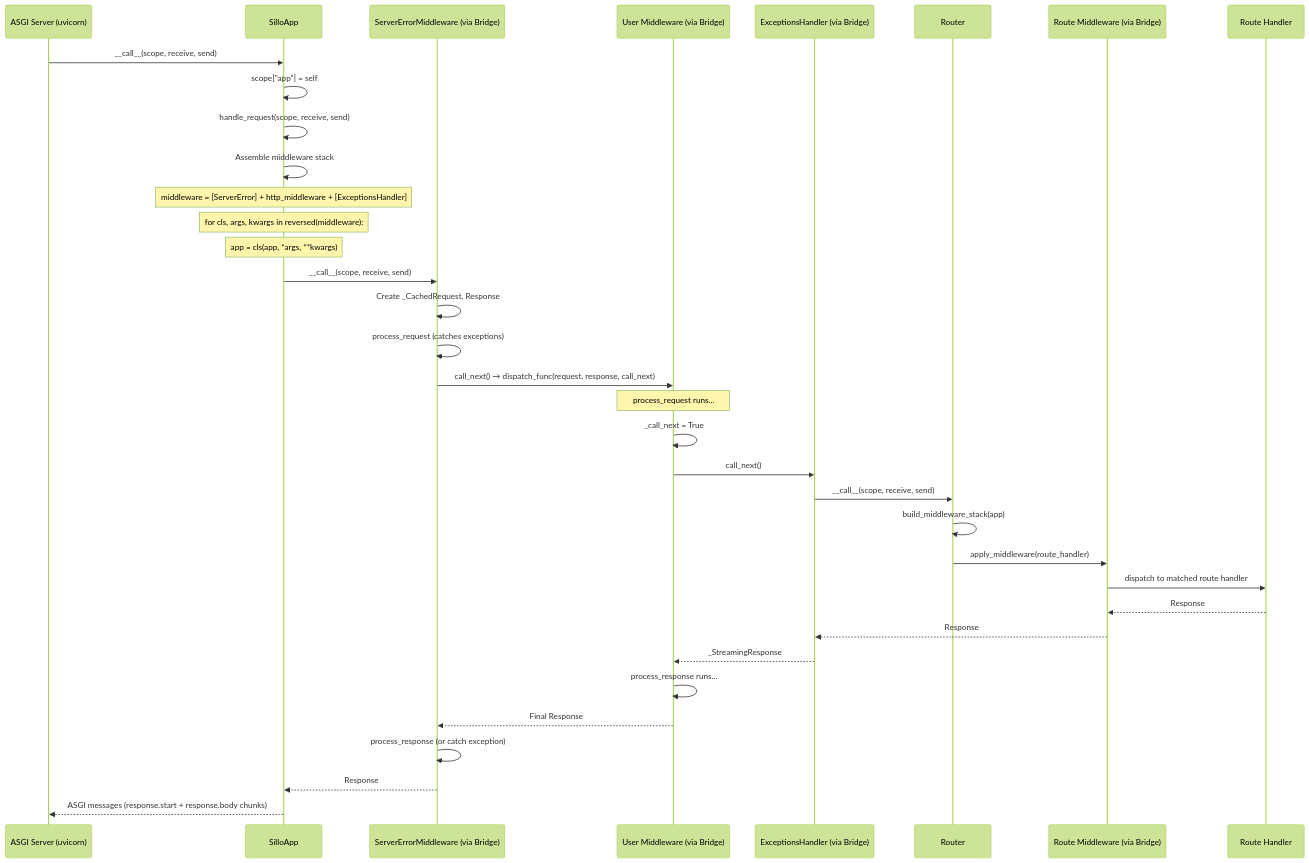
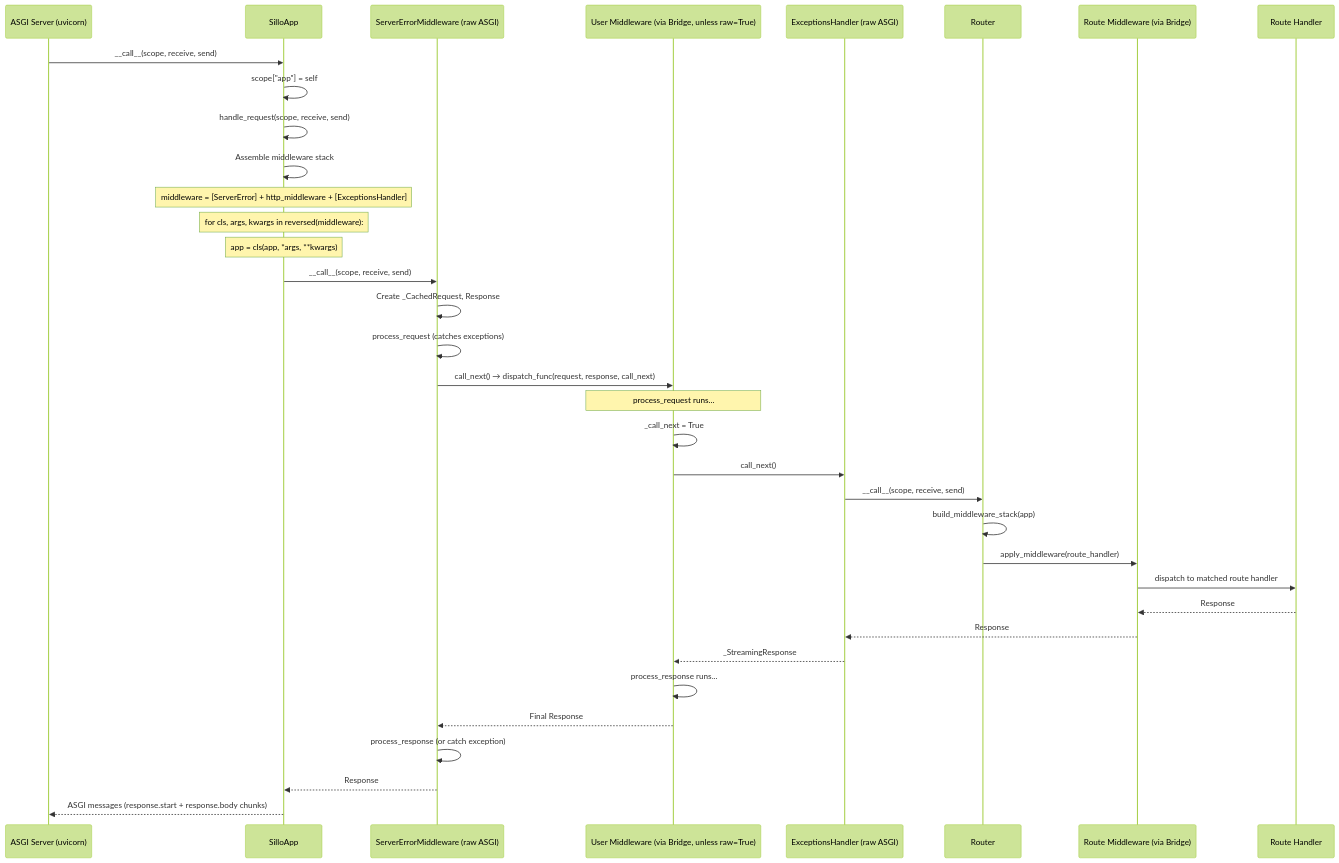
Diagram 14 of 17 in docs/docs/src/content/docs/advanced/middleware.md (sillohq/core), drawn with Mermaid (forest theme) before and after one commit. The commit also changed other lines of this file and 7 other files, not shown here.

````diff
--- a/docs/docs/src/content/docs/advanced/middleware.md
+++ b/docs/docs/src/content/docs/advanced/middleware.md
@@ -1287,49 +1339,49 @@
 ```mermaid
 sequenceDiagram
     participant Server as ASGI Server (uvicorn)
     participant App as SilloApp
-    participant SMW as ServerErrorMiddleware (via Bridge)
-    participant UserMW as User Middleware (via Bridge)
-    participant EXH as ExceptionsHandler (via Bridge)
+    participant SMW as ServerErrorMiddleware (raw ASGI)
+    participant UserMW as User Middleware (via Bridge, unless raw=True)
+    participant EXH as ExceptionsHandler (raw ASGI)
     participant Router as Router
     participant RouteMW as Route Middleware (via Bridge)
     participant Handler as Route Handler
 
     Server->>App: __call__(scope, receive, send)
     App->>App: scope["app"] = self
     App->>App: handle_request(scope, receive, send)
     App->>App: Assemble middleware stack
 
     Note over App: middleware = [ServerError] + http_middleware + [ExceptionsHandler]
     Note over App: for cls, args, kwargs in reversed(middleware):
     Note over App:     app = cls(app, *args, **kwargs)
 
     App->>SMW: __call__(scope, receive, send)
 
     SMW->>SMW: Create _CachedRequest, Response
     SMW->>SMW: process_request (catches exceptions)
 
     SMW->>UserMW: call_next() → dispatch_func(request, response, call_next)
 
     Note over UserMW: process_request runs...
     UserMW->>UserMW: _call_next = True
 
     UserMW->>EXH: call_next()
 
     EXH->>Router: __call__(scope, receive, send)
     Router->>Router: build_middleware_stack(app)
     Router->>RouteMW: apply_middleware(route_handler)
 
     RouteMW->>Handler: dispatch to matched route handler
     Handler-->>RouteMW: Response
 
     RouteMW-->>EXH: Response
     EXH-->>UserMW: _StreamingResponse
     UserMW->>UserMW: process_response runs...
     UserMW-->>SMW: Final Response
 
     SMW->>SMW: process_response (or catch exception)
     SMW-->>App: Response
 
     App-->>Server: ASGI messages (response.start + response.body chunks)
 ```
````
